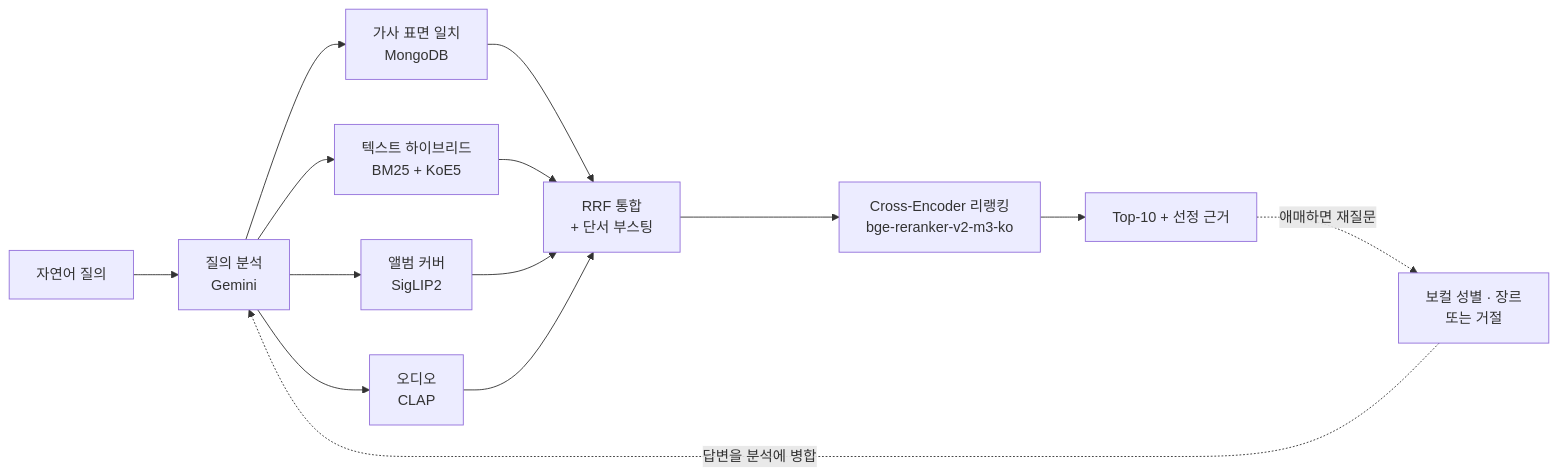
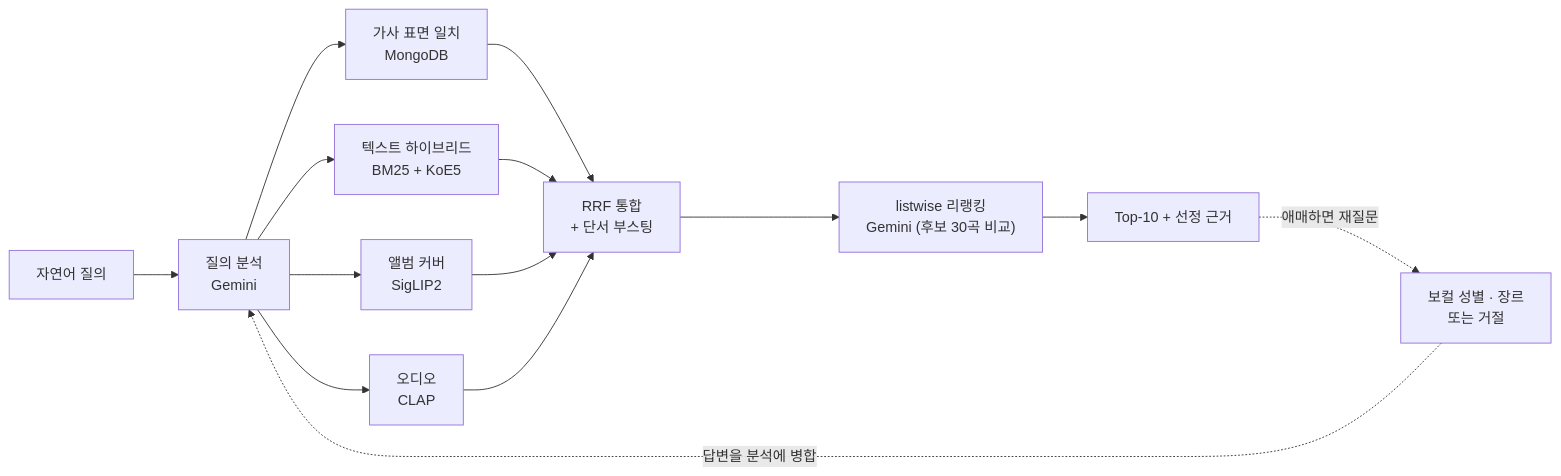
One commit to notvague/vague-finder changed the diagram in README.md. Above: the diagram before and after it, drawn with Mermaid. The commit also changed other lines of this file and 12 other files, not shown here.

First line of the commit message:
[Feat] 리랭커 기본값을 Gemini listwise(1패스·Search 끔)로 전환 — 시간 제한·CE 폴백 포함 - 황찬혁 (#23)

````diff
--- a/README.md
+++ b/README.md
@@ -41,13 +41,13 @@
 ```mermaid
 flowchart LR
     Q["자연어 질의"] --> A["질의 분석<br/>Gemini"]
     A --> L["가사 표면 일치<br/>MongoDB"]
     A --> T["텍스트 하이브리드<br/>BM25 + KoE5"]
     A --> I["앨범 커버<br/>SigLIP2"]
     A --> S["오디오<br/>CLAP"]
     L & T & I & S --> F["RRF 통합<br/>+ 단서 부스팅"]
-    F --> R["Cross-Encoder 리랭킹<br/>bge-reranker-v2-m3-ko"]
+    F --> R["listwise 리랭킹<br/>Gemini (후보 30곡 비교)"]
     R --> O["Top-10 + 선정 근거"]
     O -.->|애매하면 재질문| C["보컬 성별 · 장르<br/>또는 거절"]
     C -.->|답변을 분석에 병합| A
 ```
````
